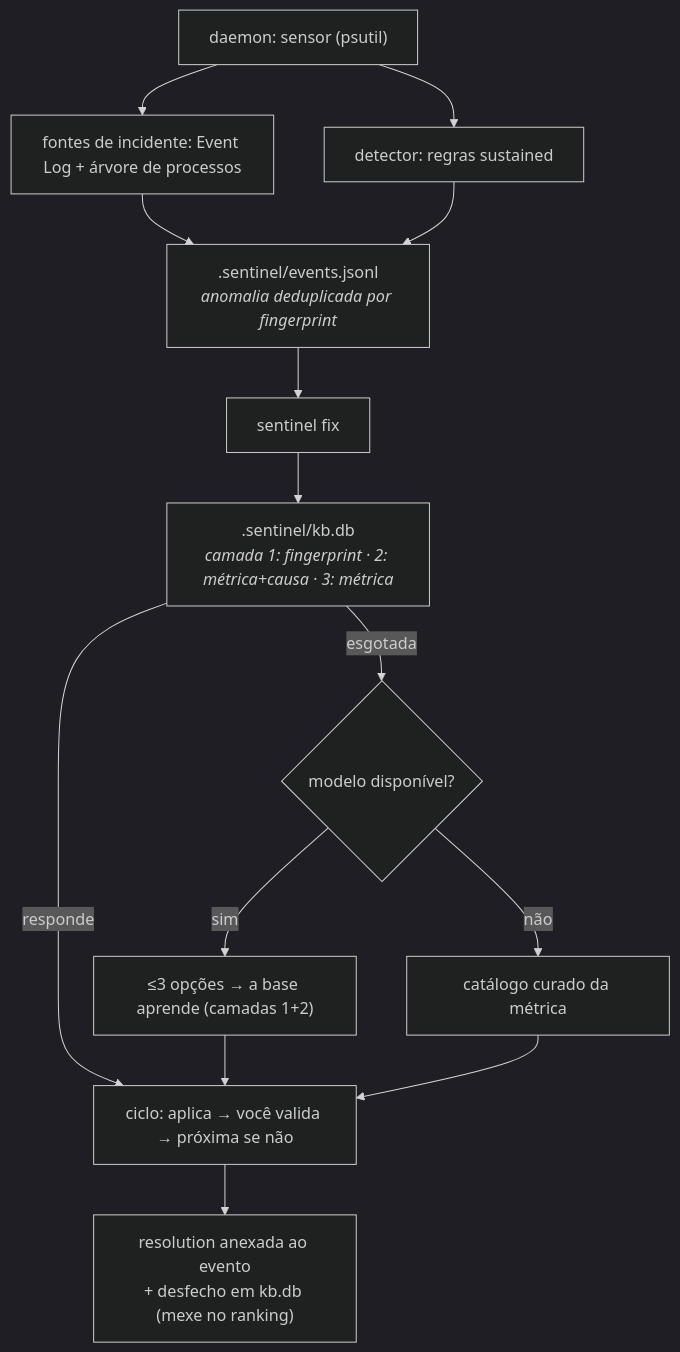
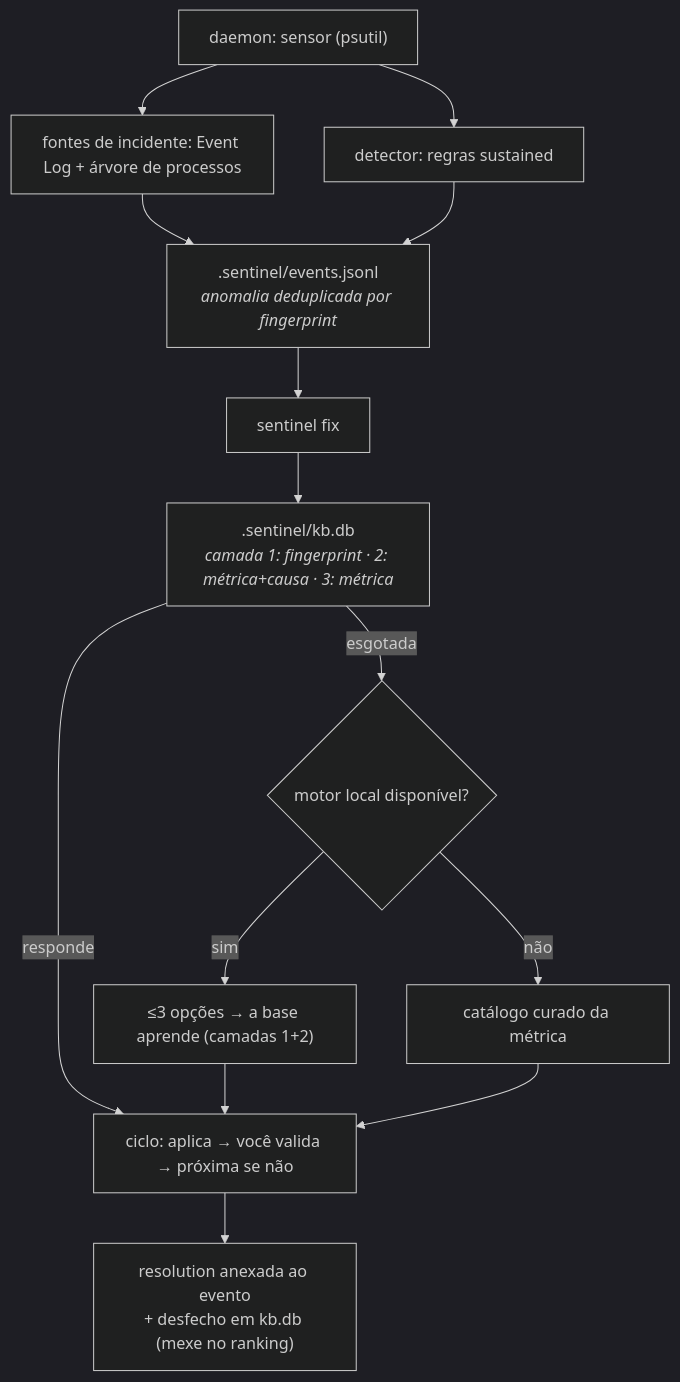
The diagram in README.md (theroverse/sentinel), drawn with Mermaid (dark theme) before and after one commit. The commit also changed other lines of this file and 16 other files, not shown here.

````diff
--- a/README.md
+++ b/README.md
@@ -121,16 +132,16 @@
 ```mermaid
 flowchart TD
     A["daemon: sensor (psutil)"] --> B["detector: regras sustained"]
     A --> A2["fontes de incidente: Event Log + árvore de processos"]
     A2 --> C
     B --> C[".sentinel/events.jsonl<br/><i>anomalia deduplicada por fingerprint</i>"]
     C --> D["sentinel fix"]
     D --> K[".sentinel/kb.db<br/><i>camada 1: fingerprint · 2: métrica+causa · 3: métrica</i>"]
     K -- "responde" --> H
-    K -- "esgotada" --> E{modelo disponível?}
+    K -- "esgotada" --> E{motor local disponível?}
     E -- sim --> F["≤3 opções → a base aprende (camadas 1+2)"]
     E -- não --> G["catálogo curado da métrica"]
     F --> H["ciclo: aplica → você valida → próxima se não"]
     G --> H
     H --> I["resolution anexada ao evento<br/>+ desfecho em kb.db (mexe no ranking)"]
 ```
````
